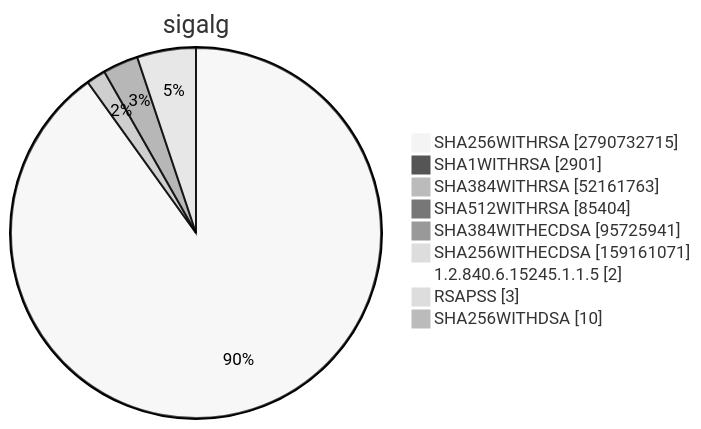
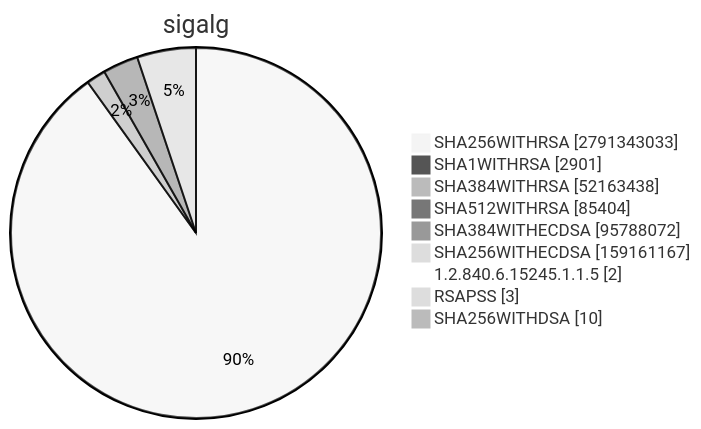
Diagram 15 of 15 in TOTAL/README.md (christiankrug/ctmonitor_visualization), drawn with Mermaid (neutral theme) before and after one commit. The commit also changed other lines of this file, not shown here.

````diff
--- a/TOTAL/README.md
+++ b/TOTAL/README.md
@@ -6205,13 +6205,13 @@
 ```mermaid
 pie showData
 title sigalg
-"SHA256WITHRSA" :2790732715
+"SHA256WITHRSA" :2791343033
 "SHA1WITHRSA" :2901
-"SHA384WITHRSA" :52161763
+"SHA384WITHRSA" :52163438
 "SHA512WITHRSA" :85404
-"SHA384WITHECDSA" :95725941
-"SHA256WITHECDSA" :159161071
+"SHA384WITHECDSA" :95788072
+"SHA256WITHECDSA" :159161167
 "1.2.840.6.15245.1.1.5" :2
 "RSAPSS" :3
 "SHA256WITHDSA" :10
 ```
````
